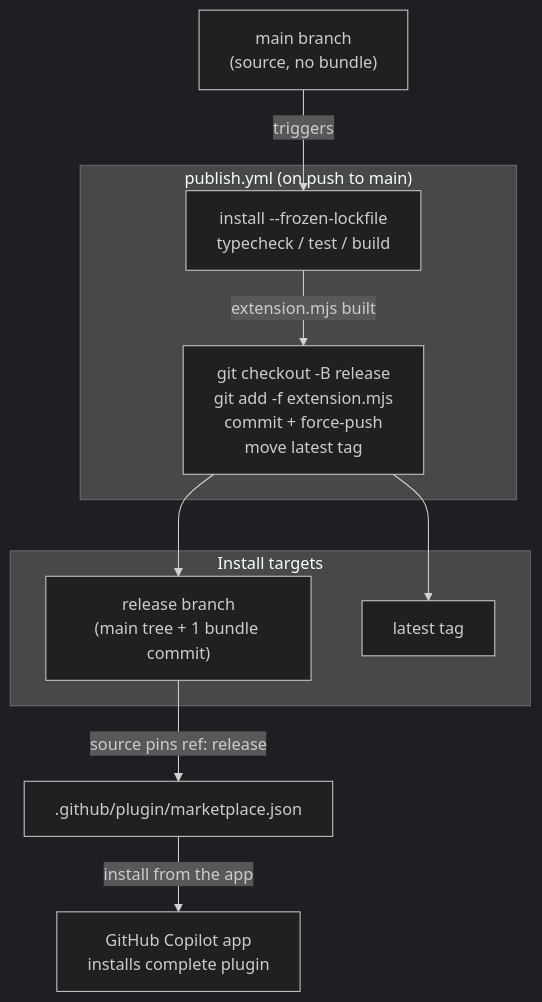
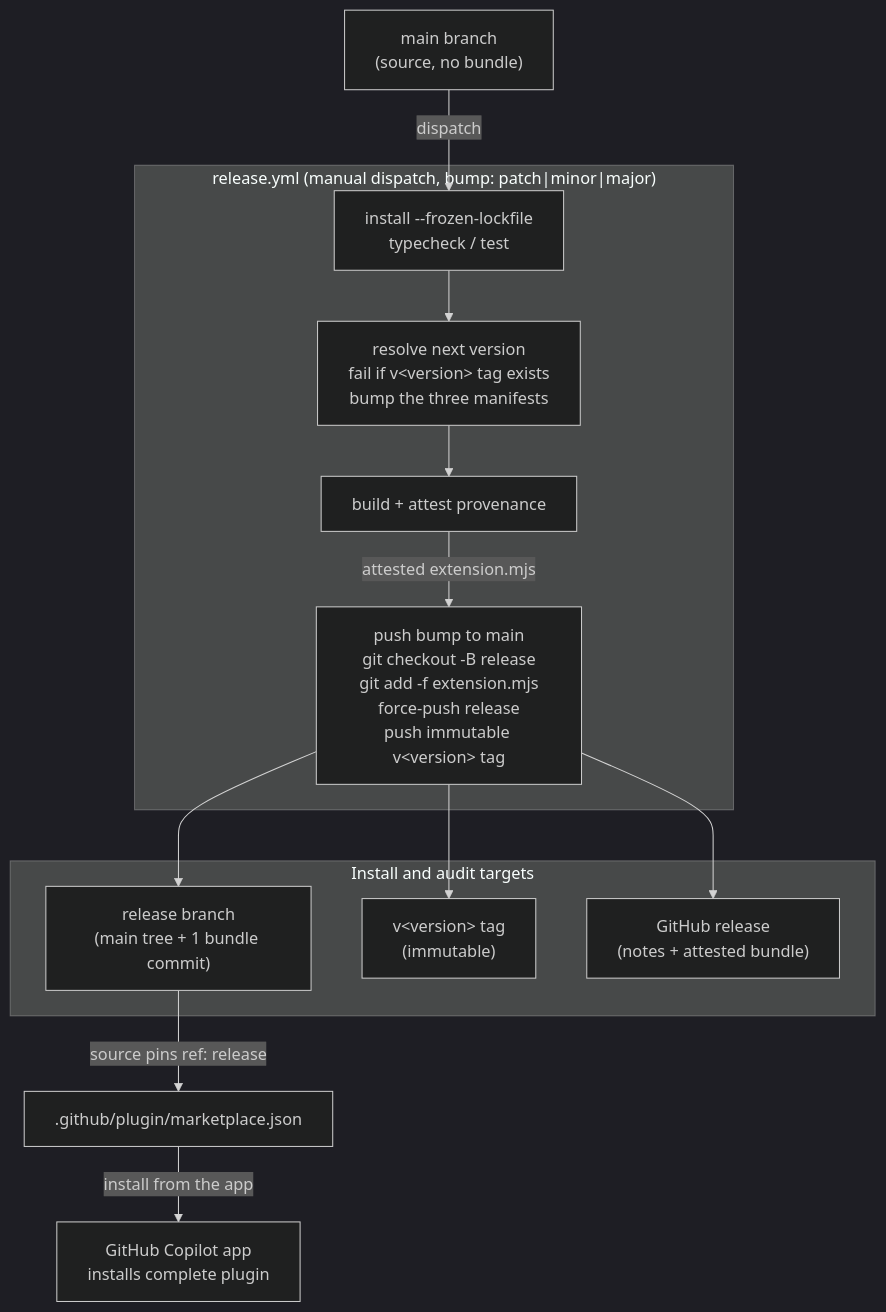
The second of 2 diagrams in docs/architecture/plugin-packaging-and-publishing.md (radius-project/ai-extensions), drawn with Mermaid (dark theme) before and after one commit. The commit also changed other lines of this file and 10 other files, not shown here.

Commit message:
refactor: implement manual release workflow with versioned artifacts

````diff
--- a/docs/architecture/plugin-packaging-and-publishing.md
+++ b/docs/architecture/plugin-packaging-and-publishing.md
@@ -72,21 +74,27 @@
 ```mermaid
 graph TD
-    subgraph CI["publish.yml (on push to main)"]
-        Steps["install --frozen-lockfile<br/>typecheck / test / build"]
-        Assemble["git checkout -B release<br/>git add -f extension.mjs<br/>commit + force-push<br/>move latest tag"]
+    subgraph CI["release.yml (manual dispatch, bump: patch|minor|major)"]
+        Steps["install --frozen-lockfile<br/>typecheck / test"]
+        Version["resolve next version<br/>fail if v&lt;version&gt; tag exists<br/>bump the three manifests"]
+        BuildStep["build + attest provenance"]
+        Assemble["push bump to main<br/>git checkout -B release<br/>git add -f extension.mjs<br/>force-push release<br/>push immutable v&lt;version&gt; tag"]
     end
 
-    Main["main branch<br/>(source, no bundle)"] -->|triggers| Steps
-    Steps -->|extension.mjs built| Assemble
+    Main["main branch<br/>(source, no bundle)"] -->|dispatch| Steps
+    Steps --> Version
+    Version --> BuildStep
+    BuildStep -->|attested extension.mjs| Assemble
 
-    subgraph Published["Install targets"]
+    subgraph Published["Install and audit targets"]
         Release["release branch<br/>(main tree + 1 bundle commit)"]
-        Latest["latest tag"]
+        Tag["v&lt;version&gt; tag<br/>(immutable)"]
+        GHRelease["GitHub release<br/>(notes + attested bundle)"]
     end
 
     Assemble --> Release
-    Assemble --> Latest
+    Assemble --> Tag
+    Assemble --> GHRelease
 
     Release -->|source pins ref: release| MP[".github/plugin/marketplace.json"]
     MP -->|install from the app| Install["GitHub Copilot app<br/>installs complete plugin"]
 ```
````
